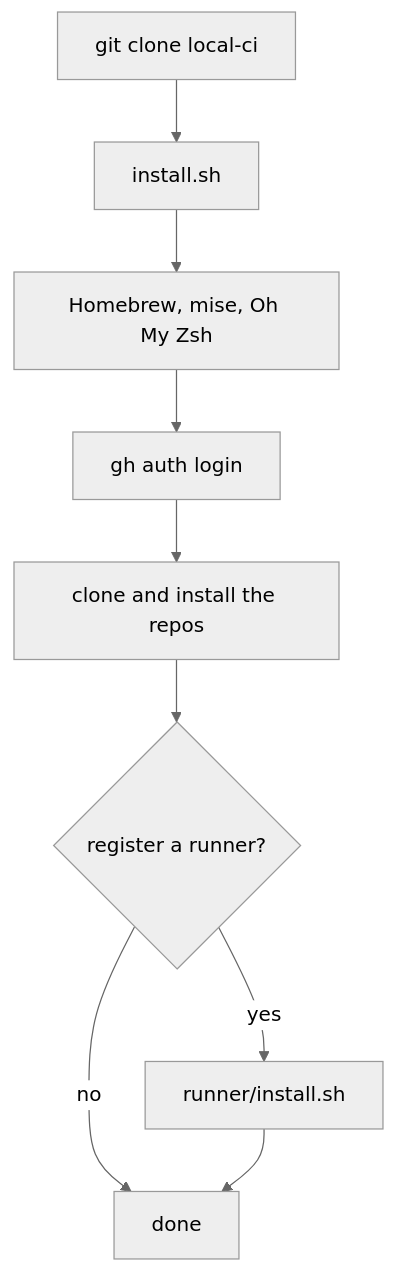
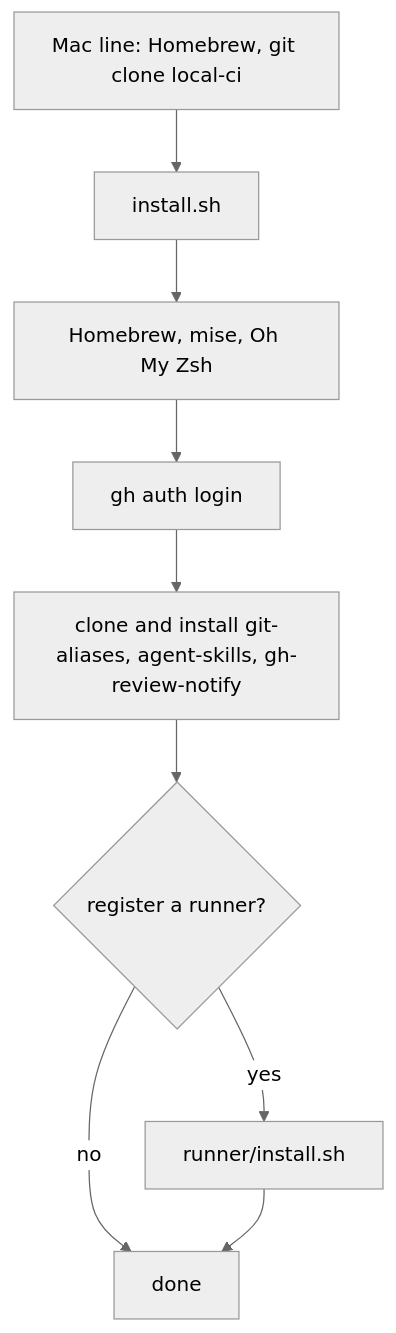
One commit to workbench-soft/local-ci changed the first of 6 diagrams in docs/user-flows.md. Above: the diagram before and after it, drawn with Mermaid (neutral theme). The commit also changed other lines of this file and 2 other files, not shown here.

Commit message:
docs: the one line setup and the skipped steps

````diff
--- a/docs/user-flows.md
+++ b/docs/user-flows.md
@@ -10,11 +13,11 @@
 ```mermaid
 flowchart TD
-  A[git clone local-ci] --> B[install.sh]
+  A[Mac line: Homebrew, git clone local-ci] --> B[install.sh]
   B --> C[Homebrew, mise, Oh My Zsh]
   C --> D[gh auth login]
-  D --> E[clone and install the repos]
+  D --> E[clone and install git-aliases, agent-skills, gh-review-notify]
   E --> F{register a runner?}
   F -- yes --> G[runner/install.sh]
   F -- no --> H[done]
   G --> H
 ```
````
